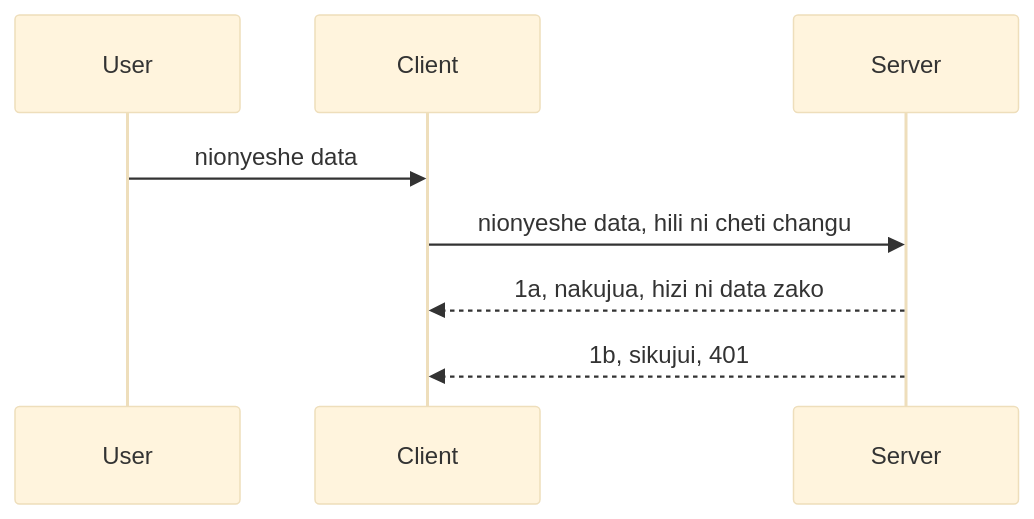
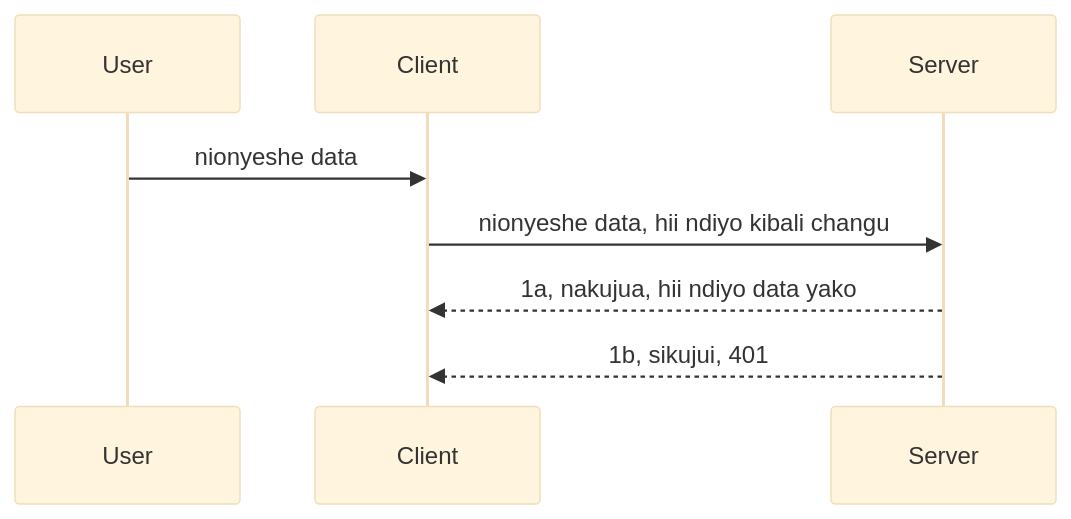
Before and after one commit to HIDORAKAI002/ai-workspace-archive: the diagram in mcp_ecosystem__model_context_protocol/mcp_learning_resources/mcp-for-beginners/translations/sw/03-GettingStarted/11-simple-auth/README.md, drawn with Mermaid (base theme). The commit also changed other lines of this file and 1046 other files, not shown here.

````diff
--- a/mcp_ecosystem__model_context_protocol/mcp_learning_resources/mcp-for-beginners/translations/sw/03-GettingStarted/11-simple-auth/README.md
+++ b/mcp_ecosystem__model_context_protocol/mcp_learning_resources/mcp-for-beginners/translations/sw/03-GettingStarted/11-simple-auth/README.md
@@ -24,11 +24,11 @@
 ```mermaid
 sequenceDiagram
    participant User
    participant Client
    participant Server
 
    User->>Client: nionyeshe data
-   Client->>Server: nionyeshe data, hili ni cheti changu
-   Server-->>Client: 1a, nakujua, hizi ni data zako
+   Client->>Server: nionyeshe data, hii ndiyo kibali changu
+   Server-->>Client: 1a, nakujua, hii ndiyo data yako
    Server-->>Client: 1b, sikujui, 401 
 ```
````
